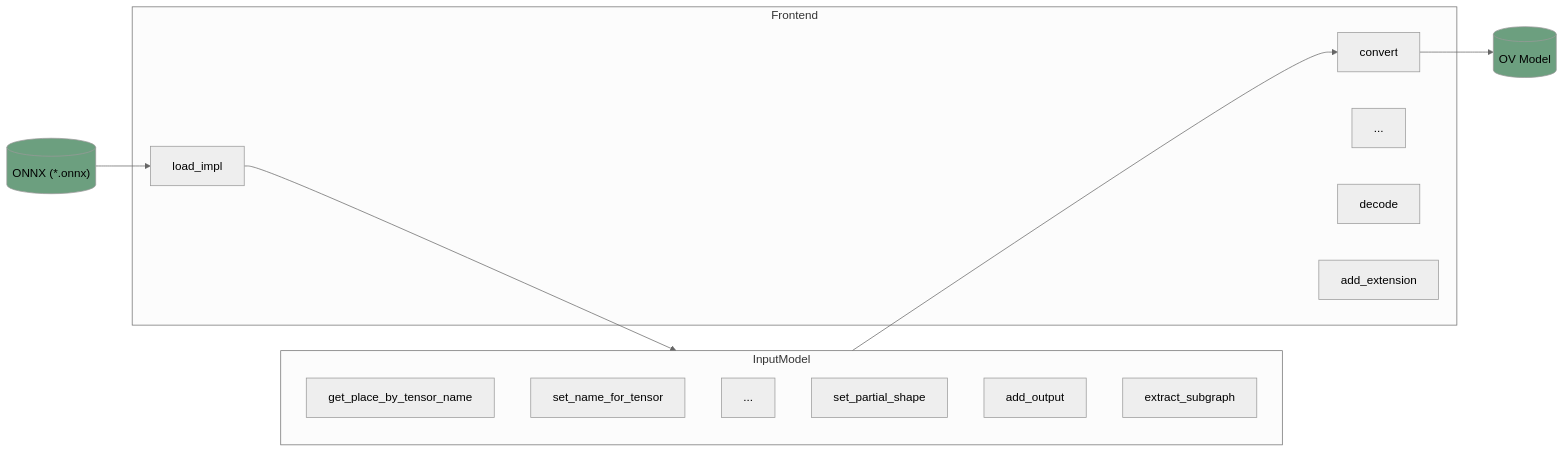
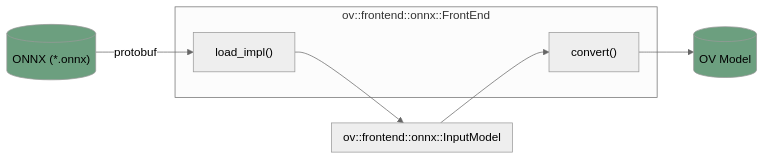
Before and after one commit to openvinotoolkit/openvino: the diagram in src/frontends/onnx/README.md, drawn with Mermaid (neutral theme). The commit also changed other lines of this file and 2 other files, not shown here.

Commit message:
doc review remarks

````diff
--- a/src/frontends/onnx/README.md
+++ b/src/frontends/onnx/README.md
@@ -33,30 +33,21 @@
 ```mermaid
 flowchart LR
     onnx[("ONNX (*.onnx)")]
     ov_model[("OV Model")]
 
-    subgraph InputModel
-        get_place["get_place_by_tensor_name"]
-        set_tensor_name["set_name_for_tensor"]
-        others["..."]
-        set_pt_shape["set_partial_shape"]
-        add_output["add_output"]
-        extract_sub["extract_subgraph"]
+    subgraph InputModel["ov::frontend::onnx::InputModel"]
     end
 
-    subgraph Frontend
-        fe_load["load_impl"]
-        fe_convert["convert"]
-        fe_others["..."]
-        fe_decode["decode"]
-        fe_add_extension["add_extension"]
+    subgraph Frontend["ov::frontend::onnx::FrontEnd"]
+        fe_load["load_impl()"]
+        fe_convert["convert()"]
     end
 
     style onnx fill:#6c9f7f
     style ov_model fill:#6c9f7f
 
-    onnx-->fe_load
+    onnx-->|protobuf|fe_load
     fe_load-->InputModel
     InputModel-->fe_convert
     fe_convert-->ov_model
 ```
````
